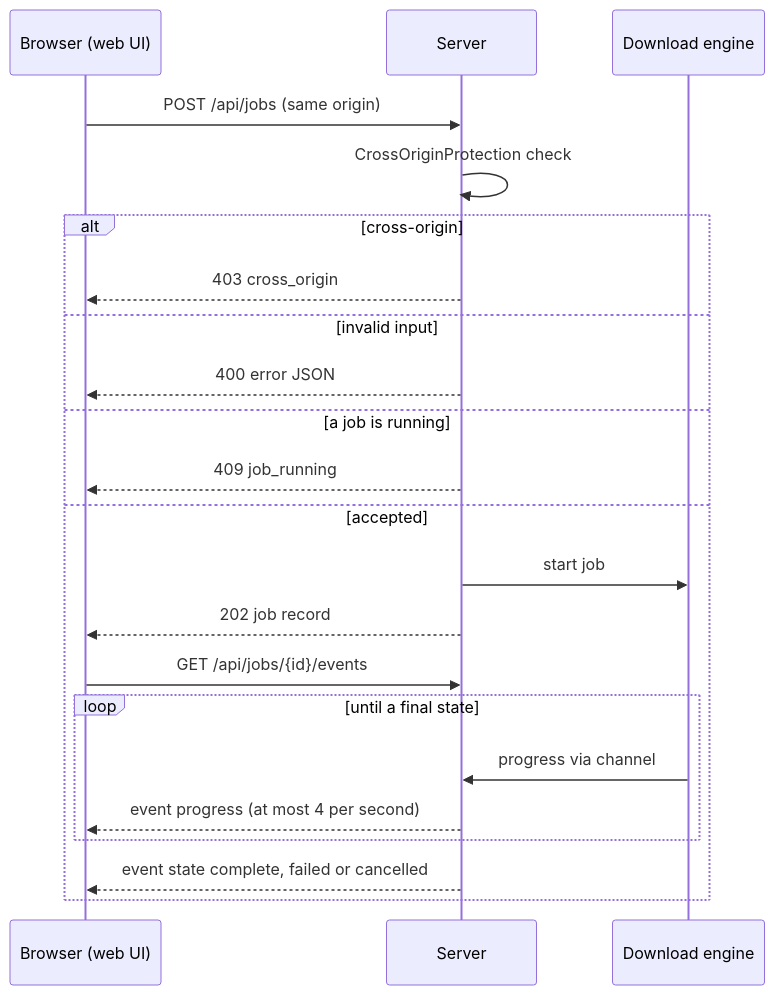
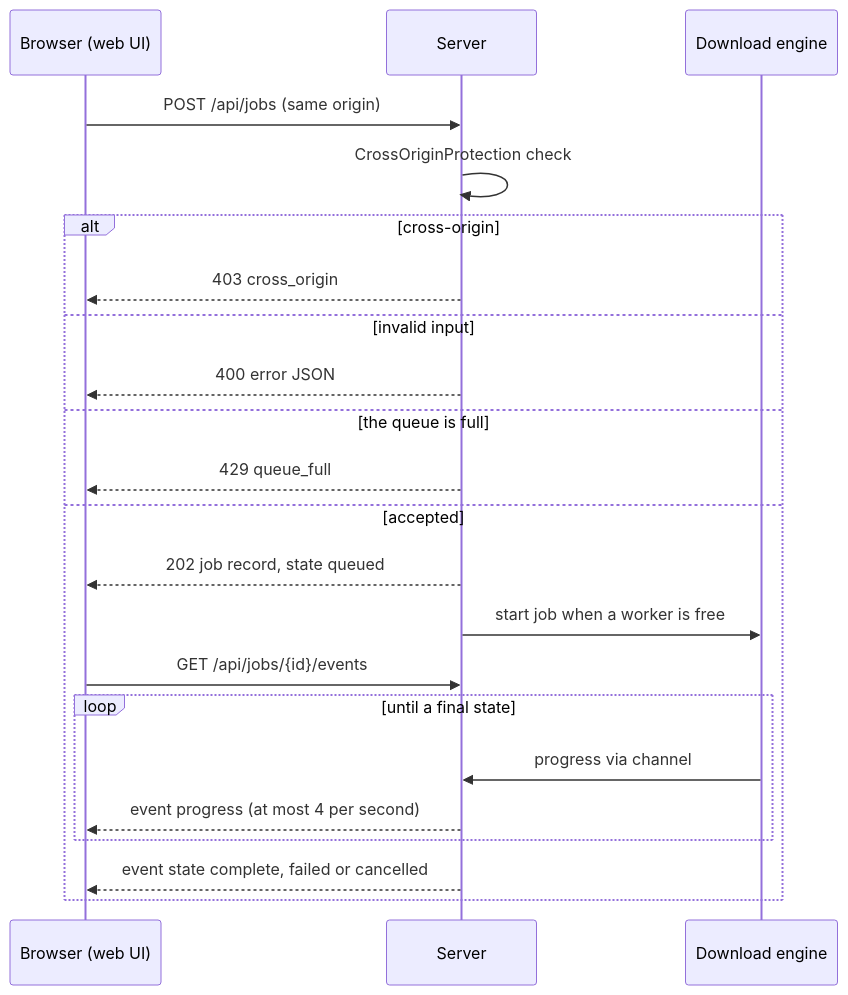
One commit to Crank-Git/ATAKMapDownloader changed the first of 2 diagrams in docs/specs/features/05-security-hardening.md. Above: the diagram before and after it, drawn with Mermaid. The commit also changed other lines of this file and 1 other file, not shown here.

First line of the commit message:
Replace job_running with the queue in the security hardening spec (#56)

````diff
--- a/docs/specs/features/05-security-hardening.md
+++ b/docs/specs/features/05-security-hardening.md
@@ -68,24 +68,24 @@
 ```mermaid
 sequenceDiagram
   participant B as Browser (web UI)
   participant S as Server
   participant E as Download engine
   B->>S: POST /api/jobs (same origin)
   S->>S: CrossOriginProtection check
   alt cross-origin
     S-->>B: 403 cross_origin
   else invalid input
     S-->>B: 400 error JSON
-  else a job is running
-    S-->>B: 409 job_running
+  else the queue is full
+    S-->>B: 429 queue_full
   else accepted
-    S->>E: start job
-    S-->>B: 202 job record
+    S-->>B: 202 job record, state queued
+    S->>E: start job when a worker is free
     B->>S: GET /api/jobs/{id}/events
     loop until a final state
       E->>S: progress via channel
       S-->>B: event progress (at most 4 per second)
     end
     S-->>B: event state complete, failed or cancelled
   end
 ```
````
